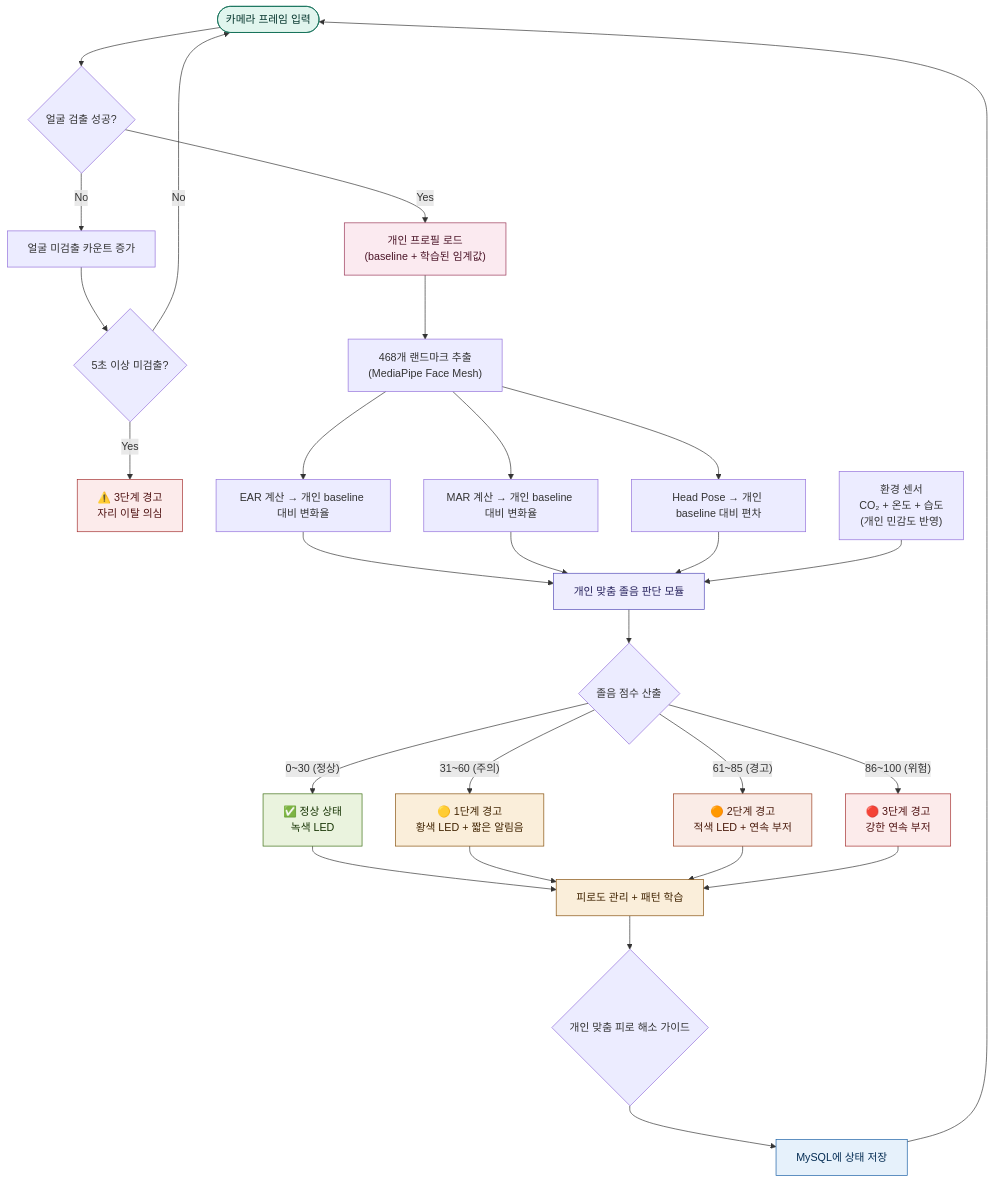
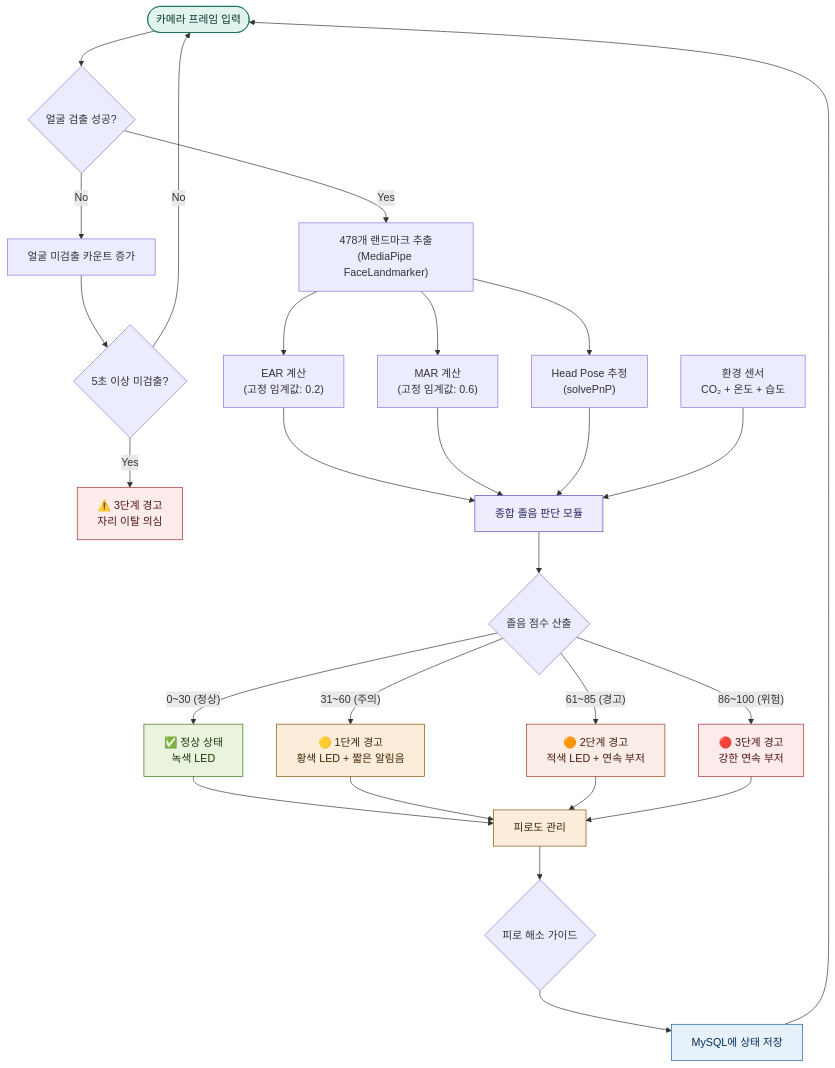
The fifth of 11 diagrams in project.md (pgh165/capstone), drawn with Mermaid before and after one commit. The commit also changed other lines of this file and 13 other files, not shown here.

````diff
--- a/project.md
+++ b/project.md
@@ -433,44 +225,42 @@
 ```mermaid
 flowchart TD
     START(["카메라 프레임 입력"]) --> FACE{"얼굴 검출 성공?"}
     FACE -- No --> NOFACE["얼굴 미검출 카운트 증가"]
     NOFACE --> NCHECK{"5초 이상 미검출?"}
     NCHECK -- Yes --> ALERT3["⚠️ 3단계 경고<br/>자리 이탈 의심"]
     NCHECK -- No --> START
 
-    FACE -- Yes --> PROFILE["개인 프로필 로드<br/>(baseline + 학습된 임계값)"]
-    PROFILE --> LANDMARK["468개 랜드마크 추출<br/>(MediaPipe Face Mesh)"]
-    LANDMARK --> EAR["EAR 계산 → 개인 baseline 대비 변화율"]
-    LANDMARK --> MAR["MAR 계산 → 개인 baseline 대비 변화율"]
-    LANDMARK --> HEAD["Head Pose → 개인 baseline 대비 편차"]
+    FACE -- Yes --> LANDMARK["478개 랜드마크 추출<br/>(MediaPipe FaceLandmarker)"]
+    LANDMARK --> EAR["EAR 계산<br/>(고정 임계값: 0.2)"]
+    LANDMARK --> MAR["MAR 계산<br/>(고정 임계값: 0.6)"]
+    LANDMARK --> HEAD["Head Pose 추정<br/>(solvePnP)"]
 
-    EAR --> JUDGE["개인 맞춤 졸음 판단 모듈"]
+    EAR --> JUDGE["종합 졸음 판단 모듈"]
     MAR --> JUDGE
     HEAD --> JUDGE
-    ENV["환경 센서<br/>CO₂ + 온도 + 습도<br/>(개인 민감도 반영)"] --> JUDGE
+    ENV["환경 센서<br/>CO₂ + 온도 + 습도"] --> JUDGE
 
     JUDGE --> SCORE{"졸음 점수 산출"}
     SCORE -- "0~30 (정상)" --> LEVEL0["✅ 정상 상태<br/>녹색 LED"]
     SCORE -- "31~60 (주의)" --> LEVEL1["🟡 1단계 경고<br/>황색 LED + 짧은 알림음"]
     SCORE -- "61~85 (경고)" --> LEVEL2["🟠 2단계 경고<br/>적색 LED + 연속 부저"]
     SCORE -- "86~100 (위험)" --> LEVEL3["🔴 3단계 경고<br/>강한 연속 부저"]
 
-    LEVEL0 --> FATIGUE["피로도 관리 + 패턴 학습"]
+    LEVEL0 --> FATIGUE["피로도 관리"]
     LEVEL1 --> FATIGUE
     LEVEL2 --> FATIGUE
     LEVEL3 --> FATIGUE
-    FATIGUE --> GUIDE{"개인 맞춤 피로 해소 가이드"}
+    FATIGUE --> GUIDE{"피로 해소 가이드"}
     GUIDE --> DBSAVE["MySQL에 상태 저장"]
     DBSAVE --> START
 
     style START fill:#E1F5EE,stroke:#0F6E56,color:#04342C
-    style PROFILE fill:#FBEAF0,stroke:#993556,color:#4B1528
     style JUDGE fill:#EEEDFE,stroke:#534AB7,color:#26215C
     style FATIGUE fill:#FAEEDA,stroke:#854F0B,color:#412402
     style DBSAVE fill:#E6F1FB,stroke:#185FA5,color:#042C53
     style LEVEL0 fill:#EAF3DE,stroke:#3B6D11,color:#173404
     style LEVEL1 fill:#FAEEDA,stroke:#854F0B,color:#412402
     style LEVEL2 fill:#FAECE7,stroke:#993C1D,color:#4A1B0C
     style LEVEL3 fill:#FCEBEB,stroke:#A32D2D,color:#501313
     style ALERT3 fill:#FCEBEB,stroke:#A32D2D,color:#501313
 ```
````
